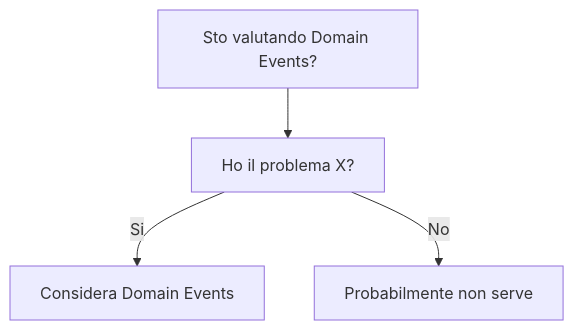
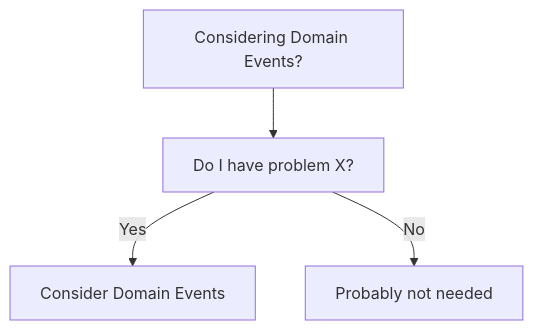
Before and after one commit to HxT9/Software-Dev-Wiki: the diagram in dev-wiki/20_DDD/Domain_Events/When_To_Use.md, drawn with Mermaid. The commit also changed other lines of this file and 3444 other files, not shown here.

````diff
--- a/dev-wiki/20_DDD/Domain_Events/When_To_Use.md
+++ b/dev-wiki/20_DDD/Domain_Events/When_To_Use.md
@@ -19,6 +19,6 @@
 ```mermaid
 flowchart TD
-  Q[Sto valutando Domain Events?] --> Q1[Ho il problema X?]
-  Q1 -->|Si| OK[Considera Domain Events]
-  Q1 -->|No| NO[Probabilmente non serve]
+  Q[Considering Domain Events?] --> Q1[Do I have problem X?]
+  Q1 -->|Yes| OK[Consider Domain Events]
+  Q1 -->|No| NO[Probably not needed]
 ```
````
